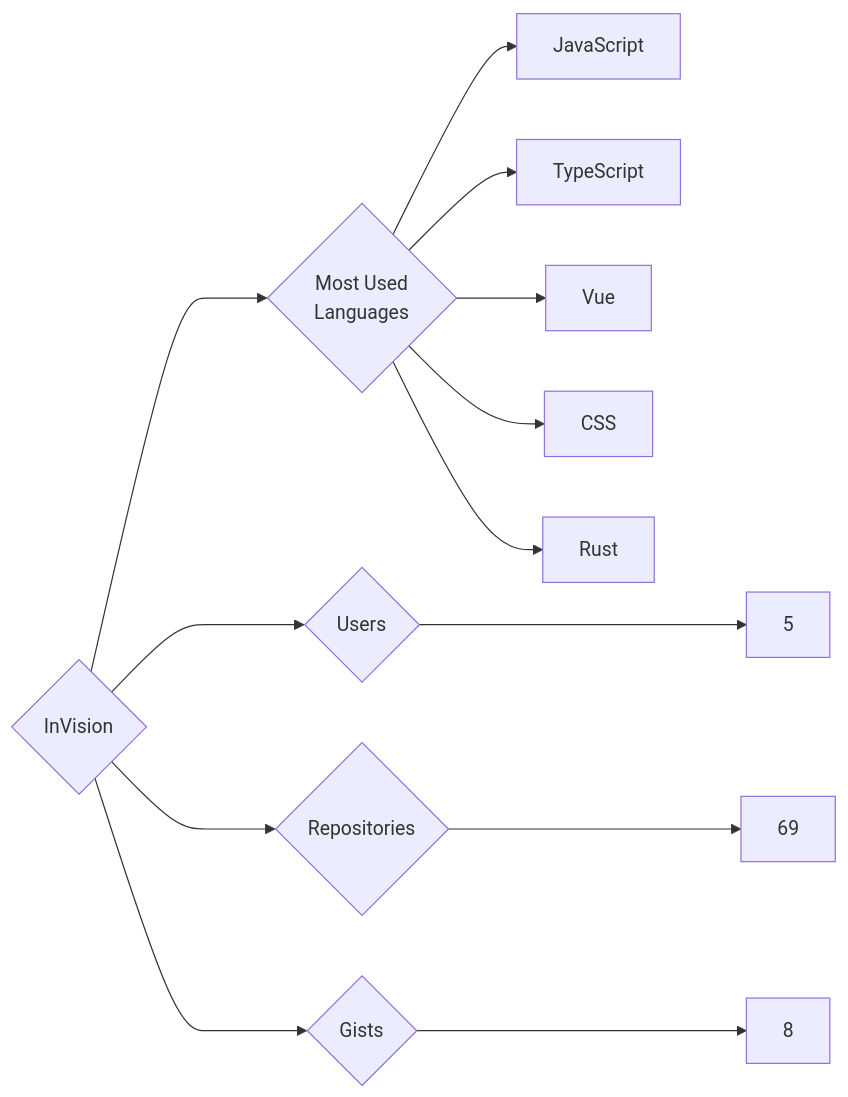
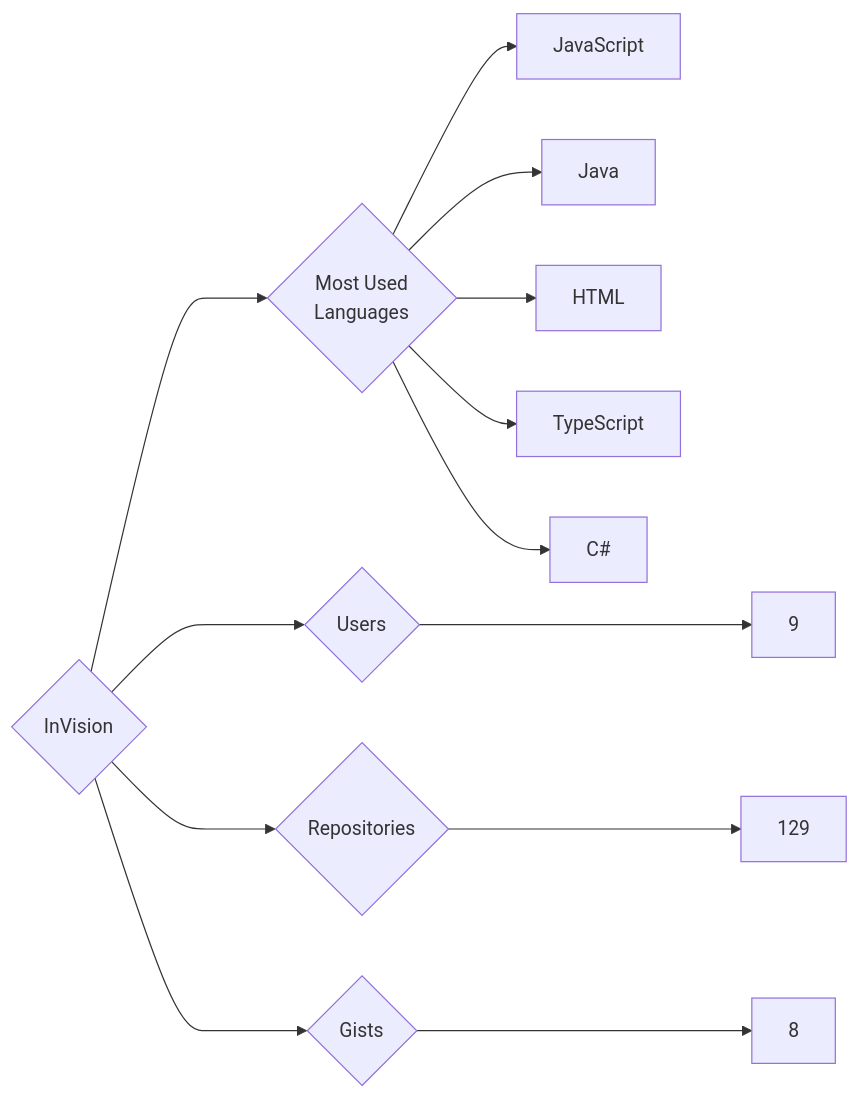
The diagram in targets/InVision/README.md (trickest/insiders), drawn with Mermaid before and after one commit. The commit also changed 1020 other files, not shown here.

````diff
--- a/targets/InVision/README.md
+++ b/targets/InVision/README.md
@@ -3,13 +3,13 @@
 ```mermaid
 graph LR
 COMPANY_NAME{InVision}
-COMPANY_NAME ---> U{Users} ---> UN[5]
-COMPANY_NAME ---> R{Repositories} ---> RN[69]
+COMPANY_NAME ---> U{Users} ---> UN[9]
+COMPANY_NAME ---> R{Repositories} ---> RN[129]
 COMPANY_NAME ---> G{Gists} ---> GN[8]
 COMPANY_NAME ---> ML{Most Used<br>Languages}
 ML --> JavaScript[JavaScript]
+ML --> Java[Java]
+ML --> HTML[HTML]
 ML --> TypeScript[TypeScript]
-ML --> Vue[Vue]
-ML --> CSS[CSS]
-ML --> Rust[Rust]
+ML --> C#[C#]
 ```
````
